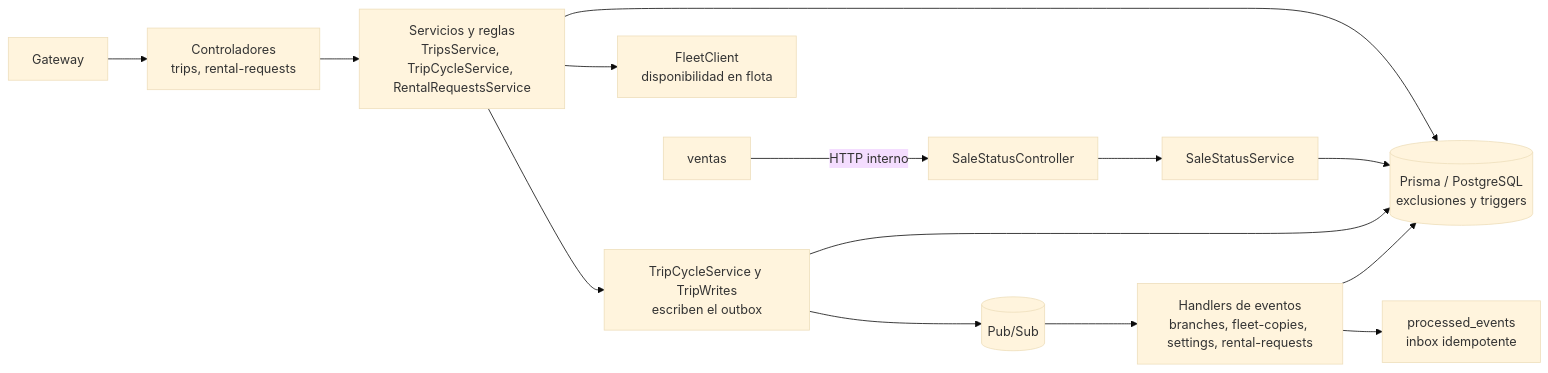
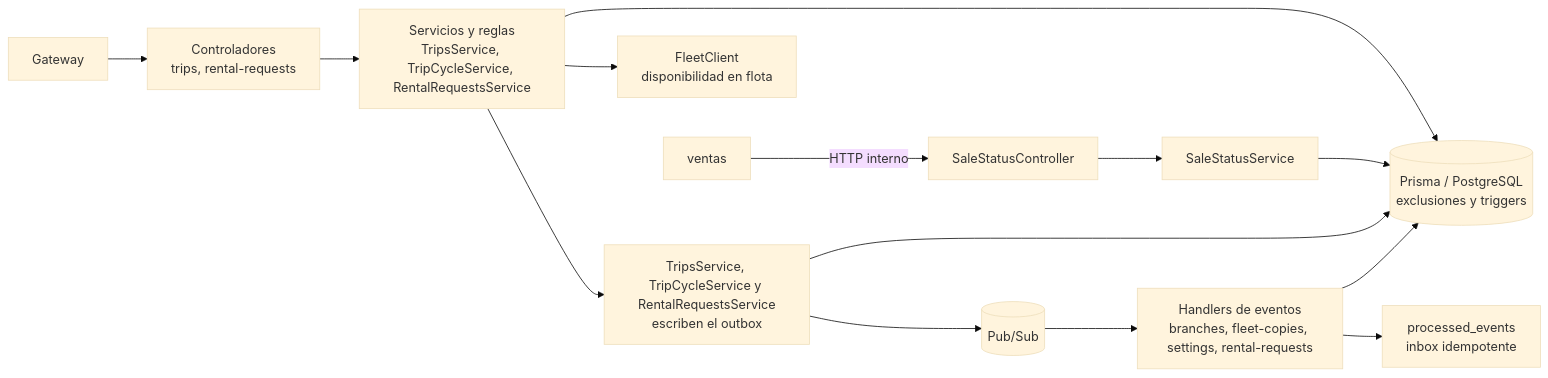
Before and after one commit to JeffMenca/debus: the first of 3 diagrams in docs/viajes/README.md, drawn with Mermaid (base theme). The commit also changed other lines of this file and 7 other files, not shown here.

````diff
--- a/docs/viajes/README.md
+++ b/docs/viajes/README.md
@@ -15,16 +15,16 @@
 ```mermaid
 flowchart LR
   gw[Gateway] --> ctrl[Controladores<br/>trips, rental-requests]
   ventas[ventas] -->|HTTP interno| sale[SaleStatusController]
   ctrl --> svc[Servicios y reglas<br/>TripsService, TripCycleService, RentalRequestsService]
   sale --> svcs[SaleStatusService]
   svc --> fleet[FleetClient<br/>disponibilidad en flota]
   svc --> prisma[(Prisma / PostgreSQL<br/>exclusiones y triggers)]
-  svc --> events[TripCycleService y TripWrites<br/>escriben el outbox]
+  svc --> events[TripsService, TripCycleService y RentalRequestsService<br/>escriben el outbox]
   svcs --> prisma
   events --> prisma
   events --> pubsub[(Pub/Sub)]
   pubsub --> handlers[Handlers de eventos<br/>branches, fleet-copies, settings, rental-requests]
   handlers --> prisma
   handlers --> processed[processed_events<br/>inbox idempotente]
 ```
````
